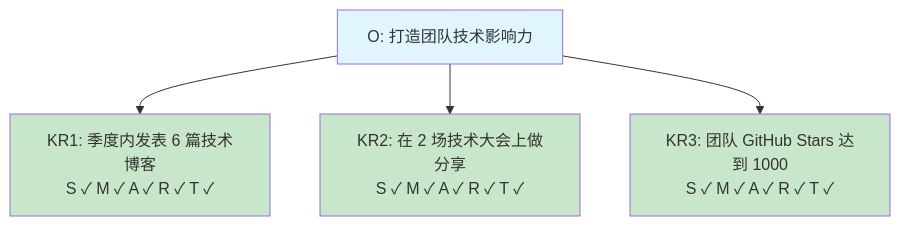
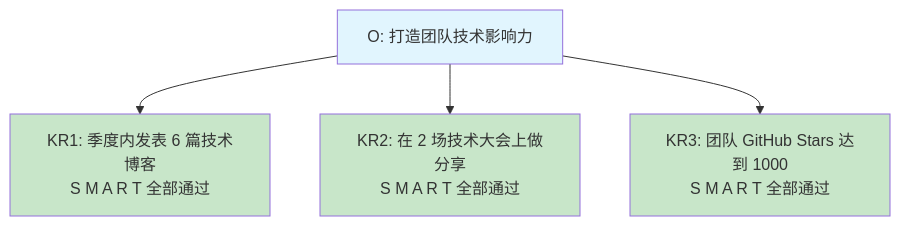
One commit to chongyang211/YCBookBlog changed the fourth of 5 diagrams in packages/website/11.书籍/05.自我精进·成事/09.SMART目标设定.md. Above: the diagram before and after it, drawn with Mermaid. The commit also changed other lines of this file and 6 other files, not shown here.

````diff
--- a/packages/website/11.书籍/05.自我精进·成事/09.SMART目标设定.md
+++ b/packages/website/11.书籍/05.自我精进·成事/09.SMART目标设定.md
@@ -134,10 +125,10 @@
 ```mermaid
 graph TD
-    A[O: 打造团队技术影响力] --> B[KR1: 季度内发表 6 篇技术博客<br/>S ✓ M ✓ A ✓ R ✓ T ✓]
-    A --> C[KR2: 在 2 场技术大会上做分享<br/>S ✓ M ✓ A ✓ R ✓ T ✓]
-    A --> D[KR3: 团队 GitHub Stars 达到 1000<br/>S ✓ M ✓ A ✓ R ✓ T ✓]
+    A[O: 打造团队技术影响力] --> B[KR1: 季度内发表 6 篇技术博客<br/>S M A R T 全部通过]
+    A --> C[KR2: 在 2 场技术大会上做分享<br/>S M A R T 全部通过]
+    A --> D[KR3: 团队 GitHub Stars 达到 1000<br/>S M A R T 全部通过]
     style A fill:#e1f5fe
     style B fill:#c8e6c9
     style C fill:#c8e6c9
     style D fill:#c8e6c9
 ```
````
